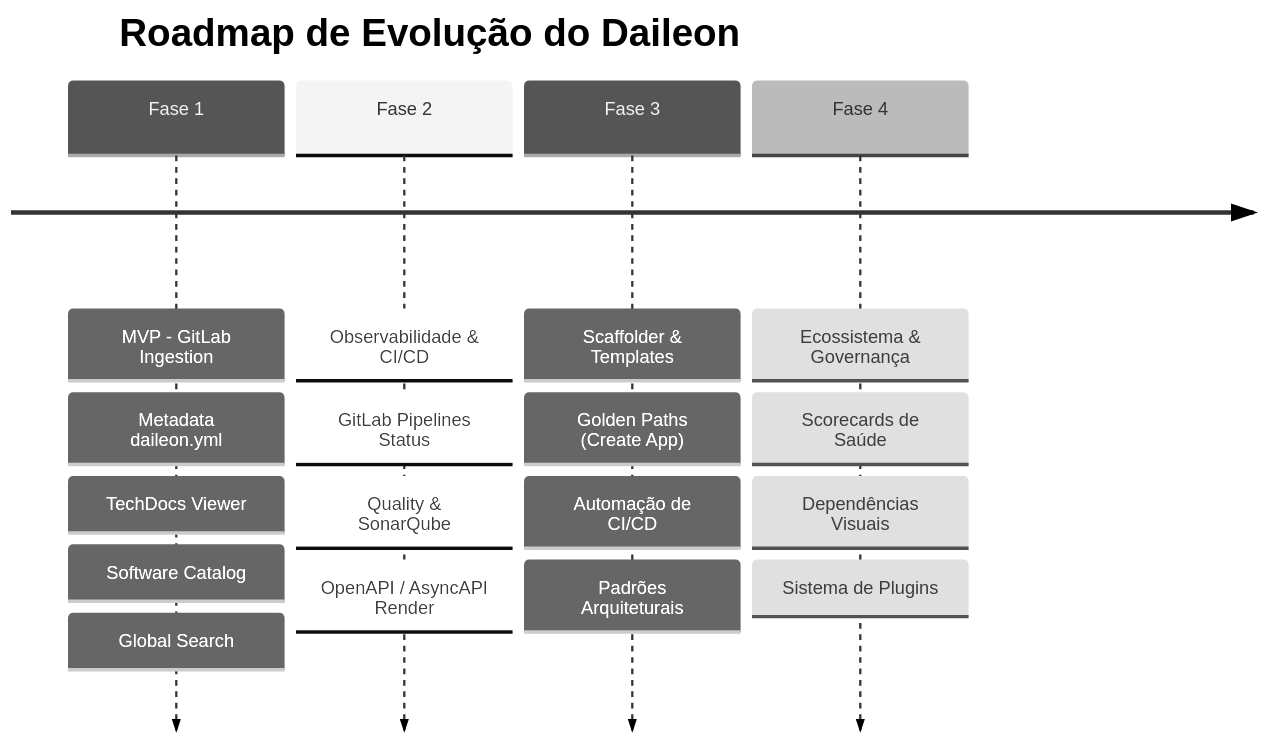
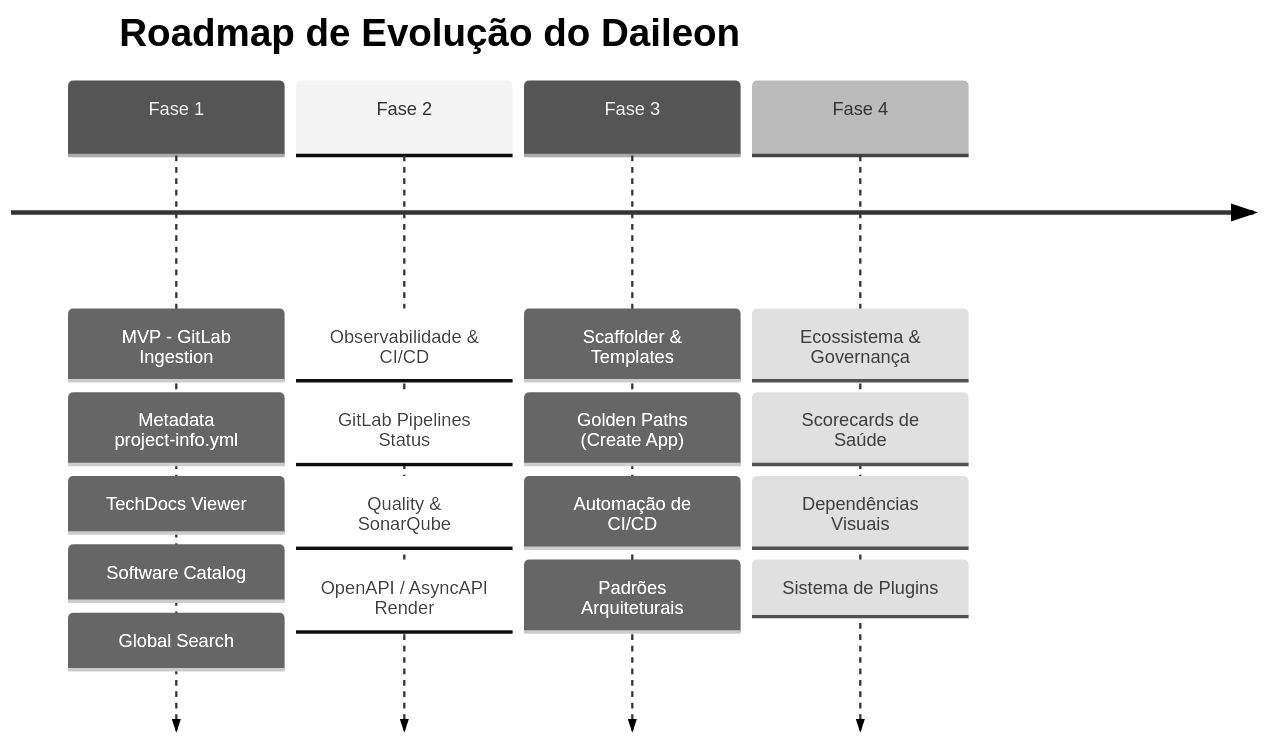
The diagram in ROADMAP.md (ricardoborges/Daileon), drawn with Mermaid (neutral theme) before and after one commit. The commit also changed other lines of this file and 22 other files, not shown here.

````diff
--- a/ROADMAP.md
+++ b/ROADMAP.md
@@ -105,8 +105,8 @@
 ```mermaid
 timeline
     title Roadmap de Evolução do Daileon
-    Fase 1 : MVP - GitLab Ingestion : Metadata daileon.yml : TechDocs Viewer : Software Catalog : Global Search
+    Fase 1 : MVP - GitLab Ingestion : Metadata project-info.yml : TechDocs Viewer : Software Catalog : Global Search
     Fase 2 : Observabilidade & CI/CD : GitLab Pipelines Status : Quality & SonarQube : OpenAPI / AsyncAPI Render
     Fase 3 : Scaffolder & Templates : Golden Paths (Create App) : Automação de CI/CD : Padrões Arquiteturais
     Fase 4 : Ecossistema & Governança : Scorecards de Saúde : Dependências Visuais : Sistema de Plugins
 ```
````
